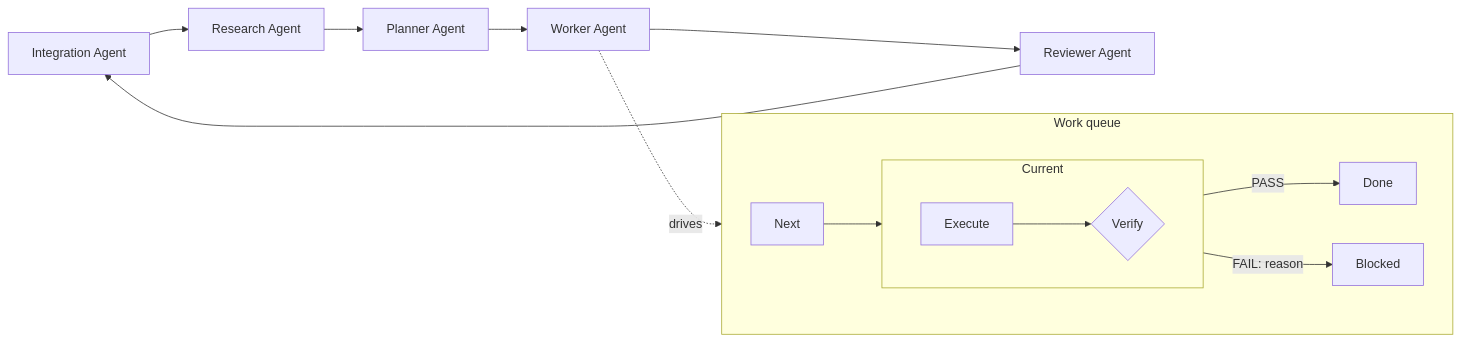
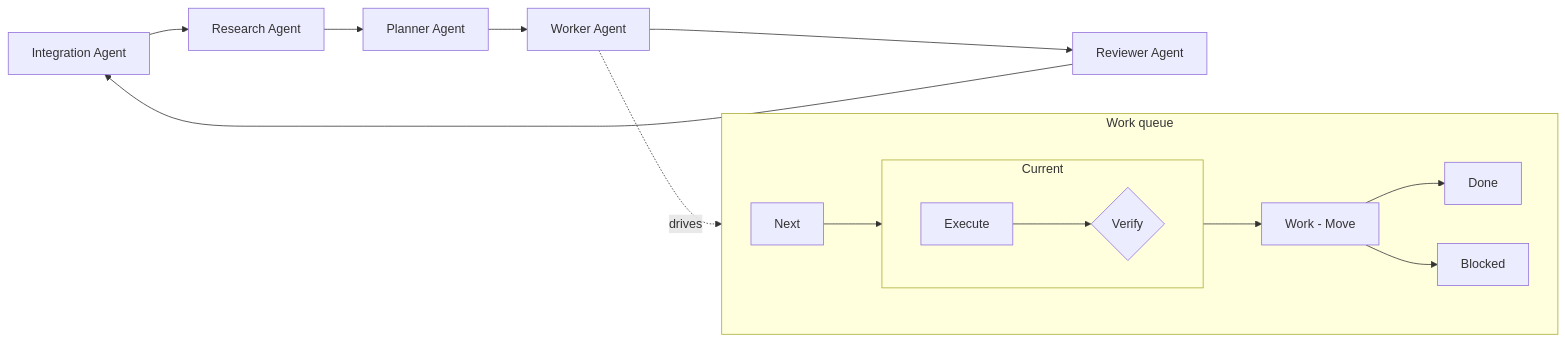
One commit to piontkovsk11andre1/nai changed the diagram in README.md. Above: the diagram before and after it, drawn with Mermaid. The commit also changed other lines of this file and 1 other file, not shown here.

````diff
--- a/README.md
+++ b/README.md
@@ -43,24 +43,26 @@
 ```mermaid
 flowchart LR
   G[Integration Agent] --> R[Research Agent]
     R --> P[Planner Agent]
     P --> W[Worker Agent]
     W --> V[Reviewer Agent]
     V --> G
 
     subgraph Queue [Work queue]
         direction LR
         N[Next]
         subgraph Current [Current]
             direction LR
             E[Execute] --> Vf{Verify}
         end
+      M[Work - Move]
         D[Done]
         B[Blocked]
         N --> E
-        Vf -- PASS --> D
-        Vf -- "FAIL: reason" --> B
+      Vf --> M
+      M --> D
+      M --> B
     end
 
     W -. drives .-> Queue
 ```
````
